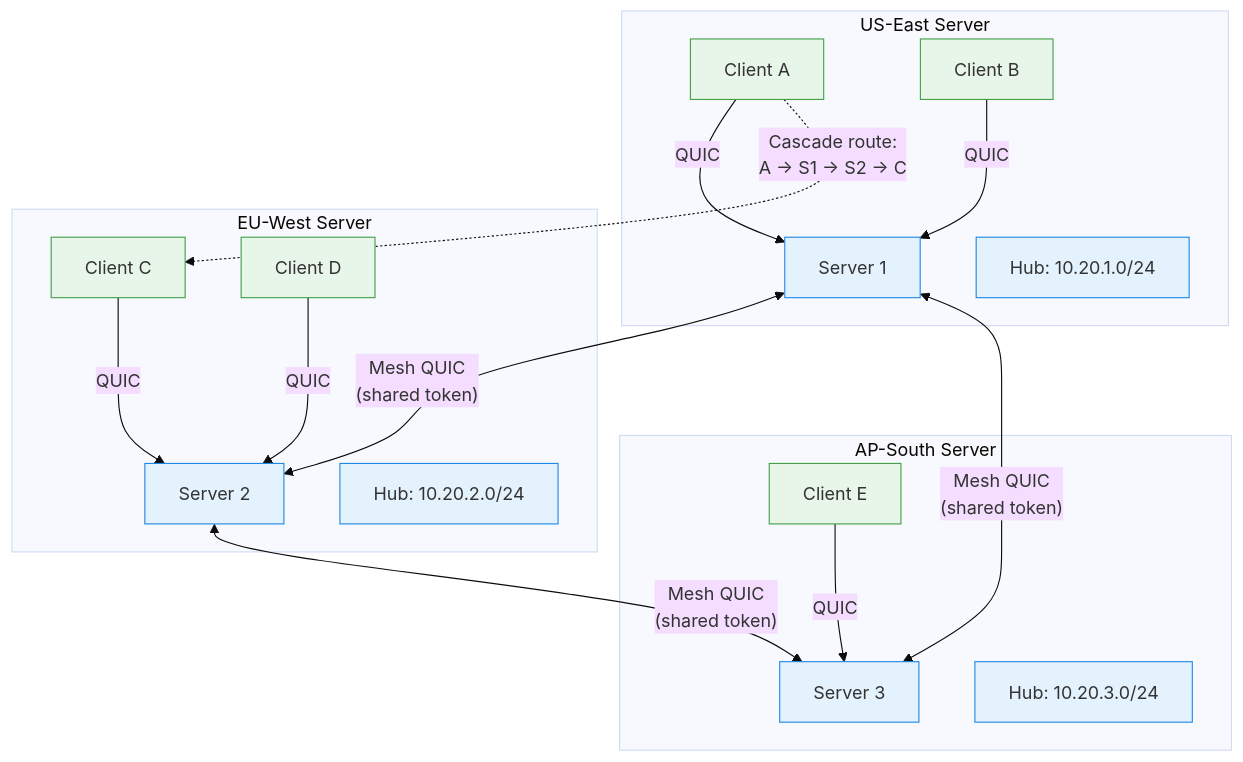
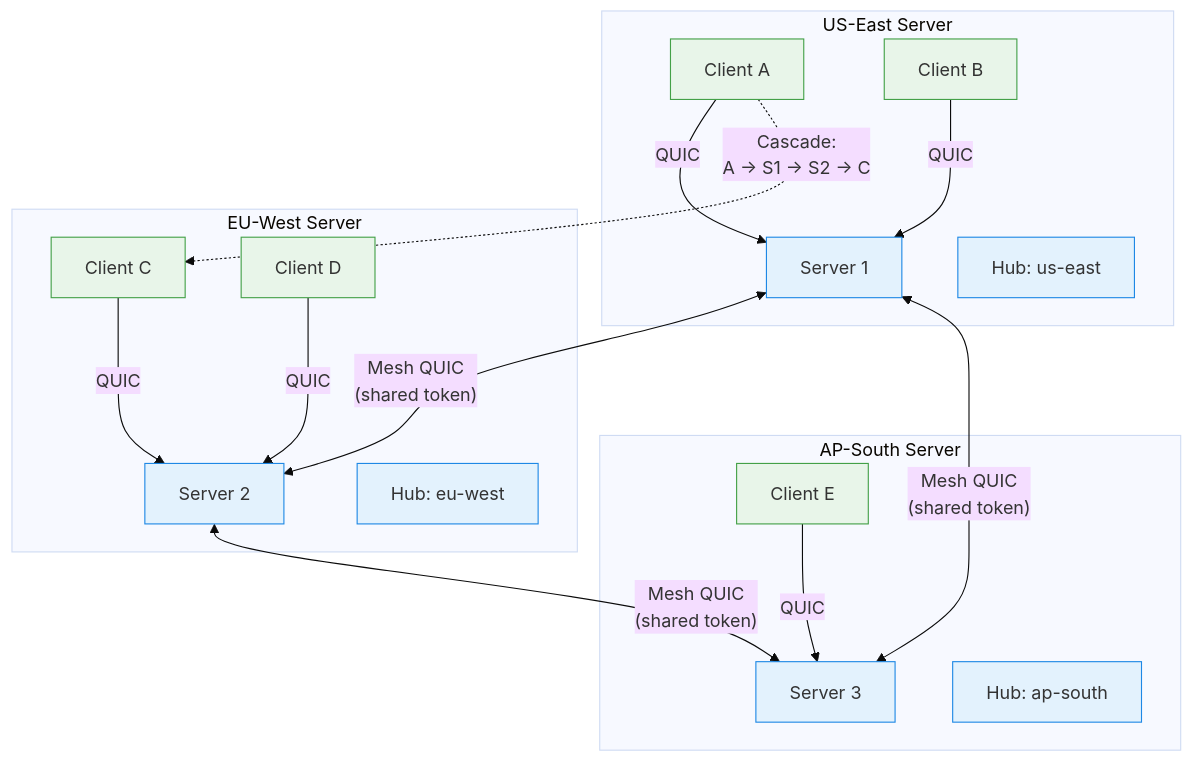
One commit to quicether/book changed the second of 5 diagrams in diagrams/architecture.md. Above: the diagram before and after it, drawn with Mermaid (base theme). The commit also changed other lines of this file and 18 other files, not shown here.

First line of the commit message:
Refactor QuicEther to support Layer 2 (TAP) architecture with Local Bridge functionality

````diff
--- a/diagrams/architecture.md
+++ b/diagrams/architecture.md
@@ -62,43 +67,43 @@
 ```mermaid
 graph TD
     %% Three-region mesh
     subgraph US["US-East Server"]
         S1["Server 1"]
-        H1["Hub: 10.20.1.0/24"]
+        H1["Hub: us-east"]
         C1A["Client A"]
         C1B["Client B"]
     end
 
     subgraph EU["EU-West Server"]
         S2["Server 2"]
-        H2["Hub: 10.20.2.0/24"]
+        H2["Hub: eu-west"]
         C2A["Client C"]
         C2B["Client D"]
     end
 
     subgraph AP["AP-South Server"]
         S3["Server 3"]
-        H3["Hub: 10.20.3.0/24"]
+        H3["Hub: ap-south"]
         C3A["Client E"]
     end
 
     %% Client connections
     C1A & C1B -->|"QUIC"| S1
     C2A & C2B -->|"QUIC"| S2
     C3A -->|"QUIC"| S3
 
     %% Mesh links
     S1 <-->|"Mesh QUIC<br/>(shared token)"| S2
     S2 <-->|"Mesh QUIC<br/>(shared token)"| S3
     S1 <-->|"Mesh QUIC<br/>(shared token)"| S3
 
-    %% Cascade routing example
-    C1A -.->|"Cascade route:<br/>A → S1 → S2 → C"| C2A
+    %% Cascade connection example
+    C1A -.->|"Cascade:<br/>A → S1 → S2 → C"| C2A
 
     %% Styling
     classDef server fill:#e3f2fd,stroke:#1e88e5;
     classDef client fill:#e8f5e9,stroke:#43a047;
 
     class S1,S2,S3,H1,H2,H3 server;
     class C1A,C1B,C2A,C2B,C3A client;
 ```
````
